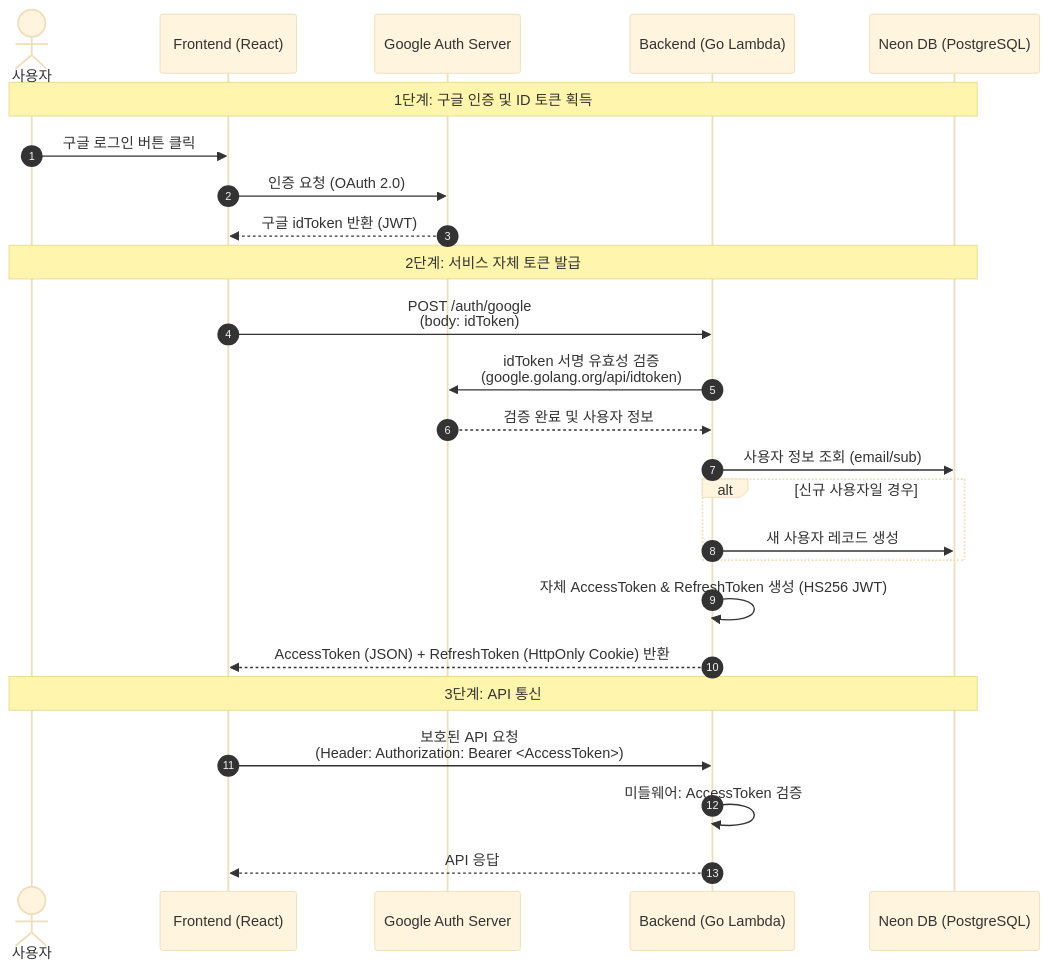
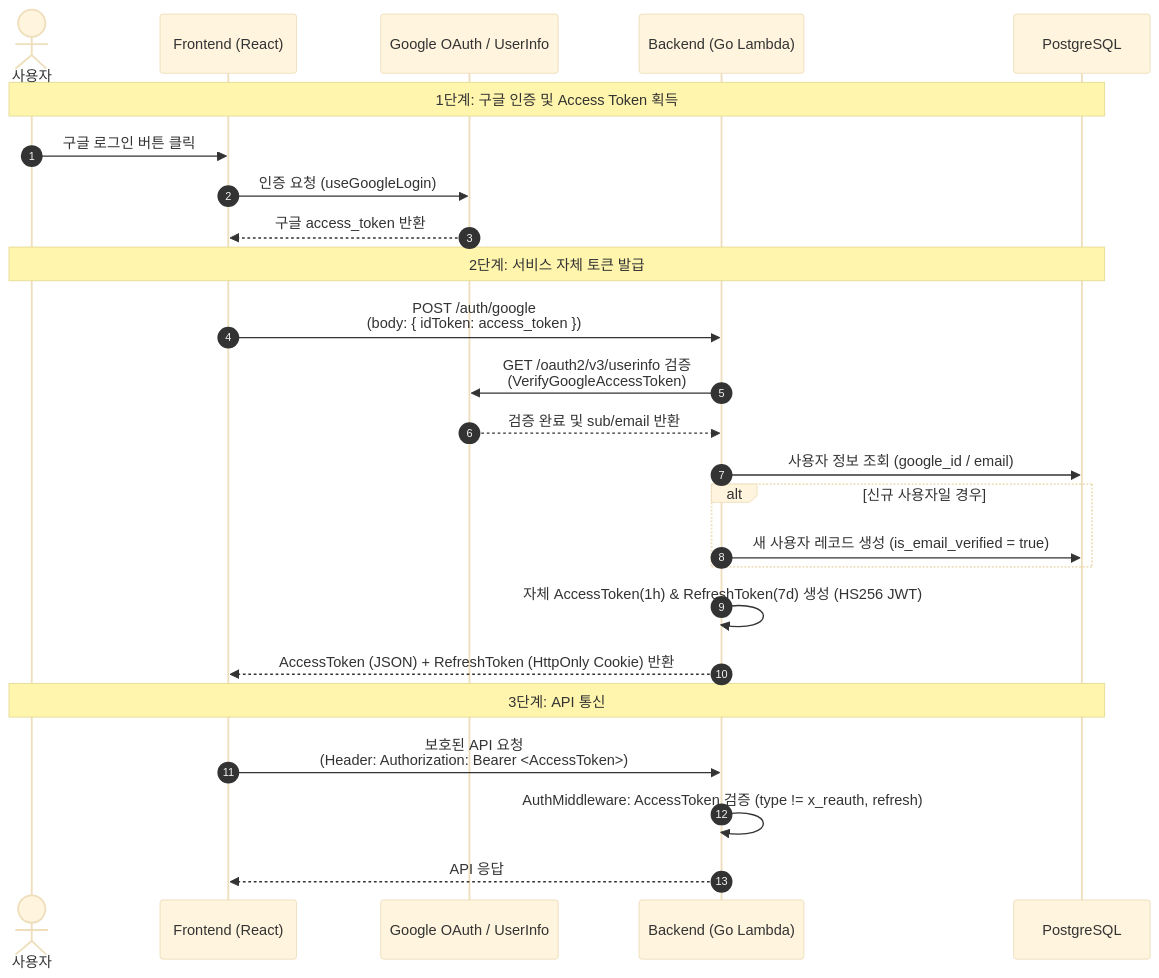
One commit to koanghun/eventer-map changed the first of 2 diagrams in wiki/AUTH_FLOW.md. Above: the diagram before and after it, drawn with Mermaid (base theme). The commit also changed other lines of this file and 38 other files, not shown here.

````diff
--- a/wiki/AUTH_FLOW.md
+++ b/wiki/AUTH_FLOW.md
@@ -15,30 +15,30 @@
 ```mermaid
 sequenceDiagram
     autonumber
     actor User as 사용자
     participant React as Frontend (React)
-    participant Google as Google Auth Server
+    participant Google as Google OAuth / UserInfo
     participant Lambda as Backend (Go Lambda)
-    participant DB as Neon DB (PostgreSQL)
+    participant DB as PostgreSQL
 
-    Note over User, DB: 1단계: 구글 인증 및 ID 토큰 획득
+    Note over User, DB: 1단계: 구글 인증 및 Access Token 획득
     User->>React: 구글 로그인 버튼 클릭
-    React->>Google: 인증 요청 (OAuth 2.0)
-    Google-->>React: 구글 idToken 반환 (JWT)
+    React->>Google: 인증 요청 (useGoogleLogin)
+    Google-->>React: 구글 access_token 반환
 
     Note over User, DB: 2단계: 서비스 자체 토큰 발급
-    React->>Lambda: POST /auth/google<br>(body: idToken)
-    Lambda->>Google: idToken 서명 유효성 검증<br>(google.golang.org/api/idtoken)
-    Google-->>Lambda: 검증 완료 및 사용자 정보
-    Lambda->>DB: 사용자 정보 조회 (email/sub)
+    React->>Lambda: POST /auth/google<br>(body: { idToken: access_token })
+    Lambda->>Google: GET /oauth2/v3/userinfo 검증<br>(VerifyGoogleAccessToken)
+    Google-->>Lambda: 검증 완료 및 sub/email 반환
+    Lambda->>DB: 사용자 정보 조회 (google_id / email)
     alt 신규 사용자일 경우
-        Lambda->>DB: 새 사용자 레코드 생성
+        Lambda->>DB: 새 사용자 레코드 생성 (is_email_verified = true)
     end
-    Lambda->>Lambda: 자체 AccessToken & RefreshToken 생성 (HS256 JWT)
+    Lambda->>Lambda: 자체 AccessToken(1h) & RefreshToken(7d) 생성 (HS256 JWT)
     Lambda-->>React: AccessToken (JSON) + RefreshToken (HttpOnly Cookie) 반환
 
     Note over User, DB: 3단계: API 통신
     React->>Lambda: 보호된 API 요청<br>(Header: Authorization: Bearer <AccessToken>)
-    Lambda->>Lambda: 미들웨어: AccessToken 검증
+    Lambda->>Lambda: AuthMiddleware: AccessToken 검증 (type != x_reauth, refresh)
     Lambda-->>React: API 응답
 ```
````
